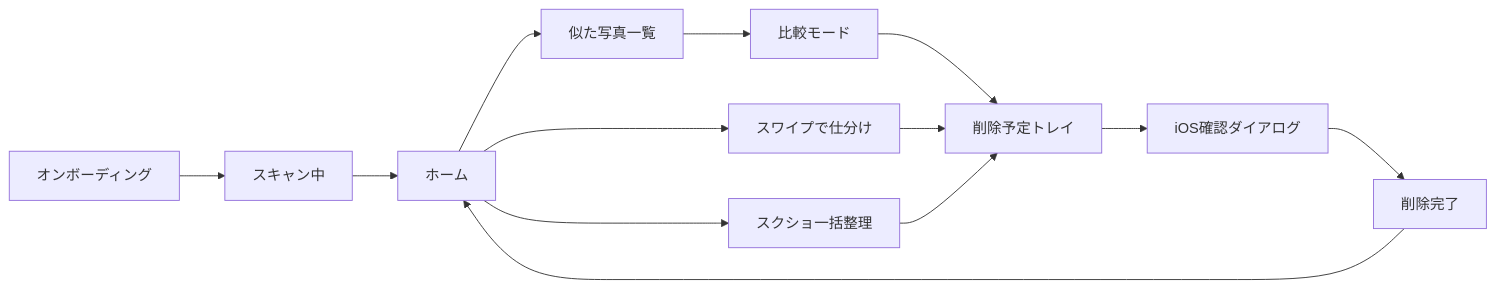
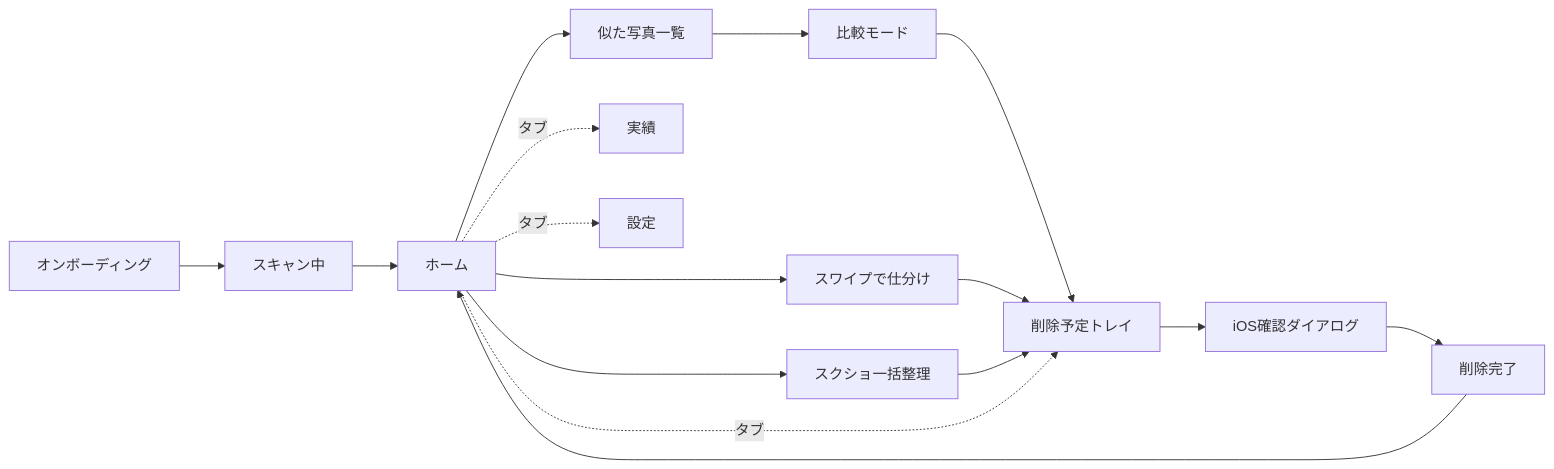
Before and after one commit to Tomopu/similar-photo-cleaner: the diagram in docs/figure/src/ui-navigation.mmd, drawn with Mermaid. The commit also changed 42 other files, not shown here.

```diff
--- a/docs/figure/src/ui-navigation.mmd
+++ b/docs/figure/src/ui-navigation.mmd
@@ -1,13 +1,16 @@
 flowchart LR
   A[オンボーディング] --> B[スキャン中]
   B --> C[ホーム]
   C --> D[似た写真一覧]
   D --> E[比較モード]
   C --> F[スワイプで仕分け]
   C --> G[スクショ一括整理]
   E --> T[削除予定トレイ]
   F --> T
   G --> T
   T --> H[iOS確認ダイアログ]
   H --> I[削除完了]
   I --> C
+  C -. タブ .-> T
+  C -. タブ .-> J[実績]
+  C -. タブ .-> K[設定]
```
